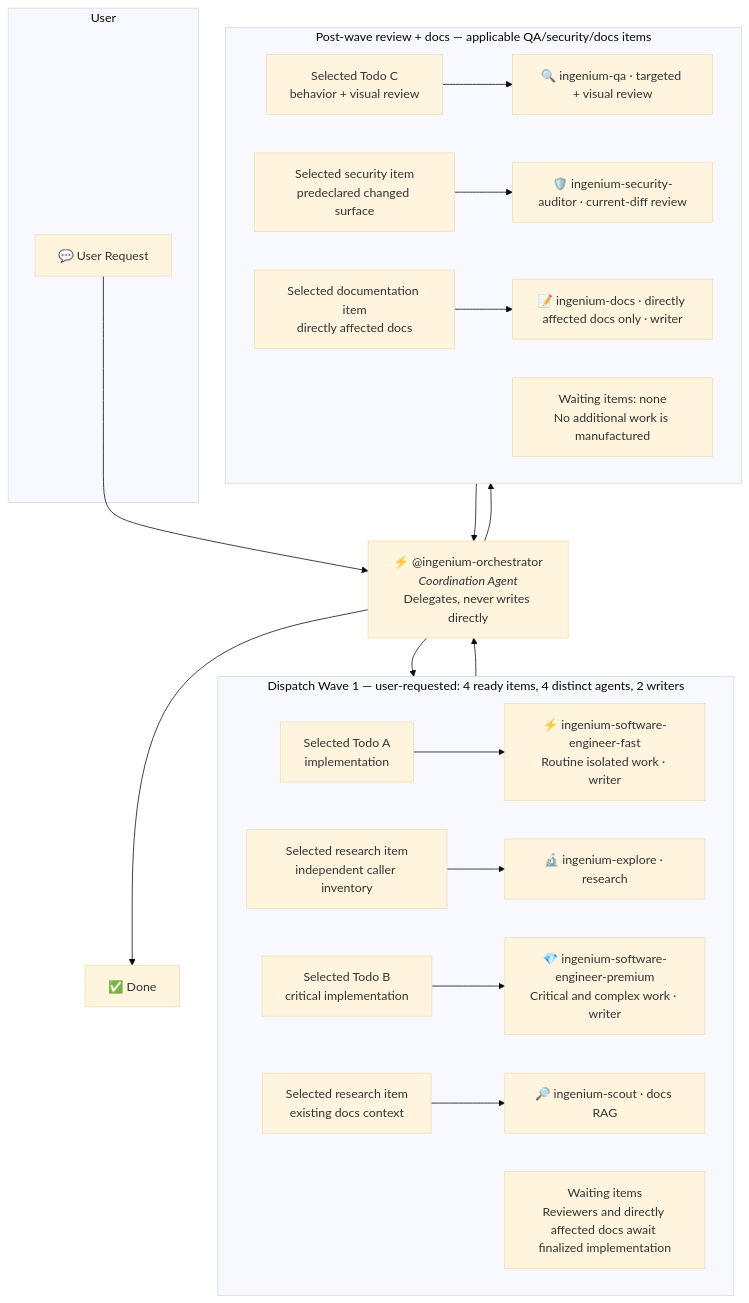
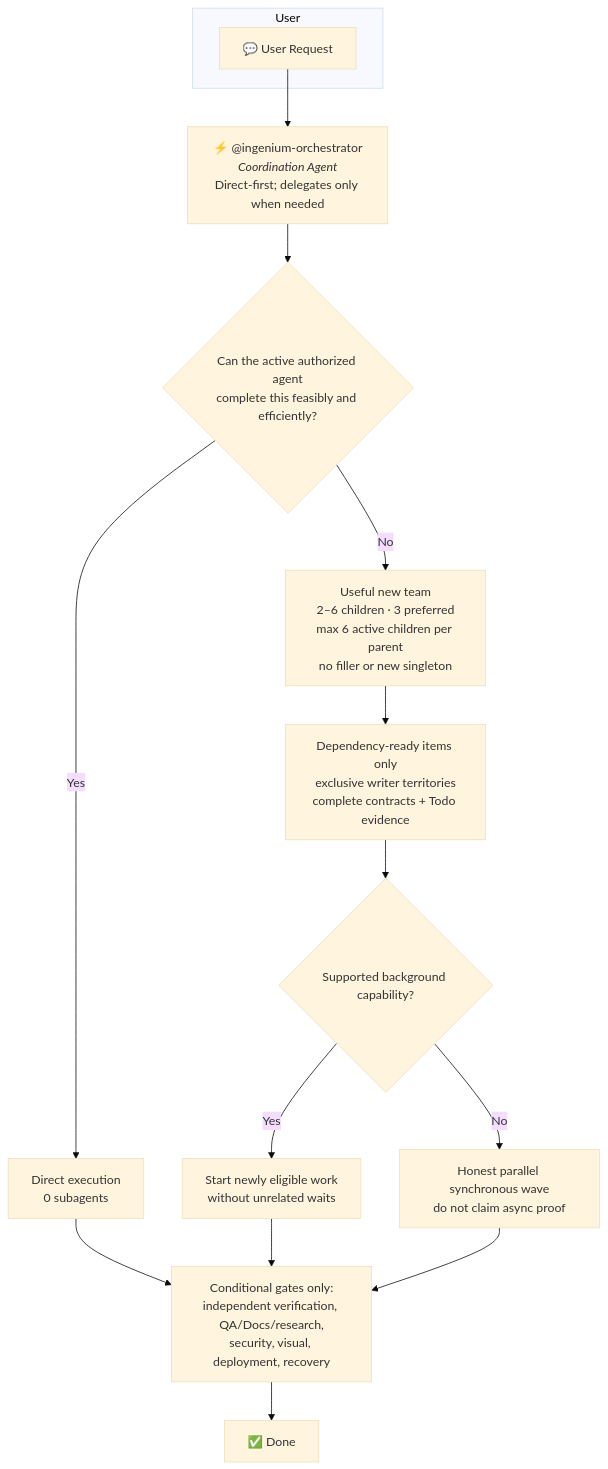
Before and after one commit to jtmb/ingenium: the first of 2 diagrams in docs/configure/agents.md, drawn with Mermaid (base theme). The commit also changed other lines of this file and 13 other files, not shown here.

Commit message:
feat(orchestration): use direct-first bounded teams

````diff
--- a/docs/configure/agents.md
+++ b/docs/configure/agents.md
@@ -153,39 +160,25 @@
 ```mermaid
 flowchart TB
     subgraph User
         REQ["💬 User Request"]
     end
 
-    REQ --> ORCH["⚡ @ingenium-orchestrator<br/><i>Coordination Agent</i><br/>Delegates, never writes directly"]
+    REQ --> ORCH["⚡ @ingenium-orchestrator<br/><i>Coordination Agent</i><br/>Direct-first; delegates only when needed"]
 
-    subgraph Wave1["Dispatch Wave 1 — user-requested: 4 ready items, 4 distinct agents, 2 writers"]
-        T1["Selected Todo A<br/>implementation"]
-        FAST["⚡ ingenium-software-engineer-fast<br/>Routine isolated work · writer"]
-        EXPLORE["🔬 ingenium-explore · research"]
-        T2["Selected Todo B<br/>critical implementation"]
-        PREM["💎 ingenium-software-engineer-premium<br/>Critical and complex work · writer"]
-        SCOUT["🔎 ingenium-scout · docs RAG"]
-        T1 --> FAST
-        R1["Selected research item<br/>independent caller inventory"] --> EXPLORE
-        T2 --> PREM
-        R2["Selected research item<br/>existing docs context"] --> SCOUT
-        W1WAIT["Waiting items<br/>Reviewers and directly affected docs await finalized implementation"]
-    end
-
-    subgraph Wave2["Post-wave review + docs — applicable QA/security/docs items"]
-        T3["Selected Todo C<br/>behavior + visual review"]
-        QA["🔍 ingenium-qa · targeted + visual review"]
-        SECURITY["🛡️ ingenium-security-auditor · current-diff review"]
-        DOCS["📝 ingenium-docs · directly affected docs only · writer"]
-        T3 --> QA
-        S1["Selected security item<br/>predeclared changed surface"] --> SECURITY
-        D1["Selected documentation item<br/>directly affected docs"] --> DOCS
-        W2WAIT["Waiting items: none<br/>No additional work is manufactured"]
-    end
-
-    ORCH --> Wave1
-    Wave1 --> ORCH
-    ORCH --> Wave2
-    Wave2 --> ORCH
-    ORCH --> DONE["✅ Done"]
+    DECIDE{"Can the active authorized agent<br/>complete this feasibly and efficiently?"}
+    DIRECT["Direct execution<br/>0 subagents"]
+    TEAM["Useful new team<br/>2–6 children · 3 preferred<br/>max 6 active children per parent<br/>no filler or new singleton"]
+    DECIDE -->|"Yes"| DIRECT
+    DECIDE -->|"No"| TEAM
+    TEAM --> READY["Dependency-ready items only<br/>exclusive writer territories<br/>complete contracts + Todo evidence"]
+    CAP{"Supported background capability?"}
+    READY --> CAP
+    CAP -->|"Yes"| ASYNC["Start newly eligible work<br/>without unrelated waits"]
+    CAP -->|"No"| SYNC["Honest parallel synchronous wave<br/>do not claim async proof"]
+    DIRECT --> GATES
+    ASYNC --> GATES
+    SYNC --> GATES
+    GATES["Conditional gates only:<br/>independent verification, QA/Docs/research,<br/>security, visual, deployment, recovery"]
+    ORCH --> DECIDE
+    GATES --> DONE["✅ Done"]
 ```
````
